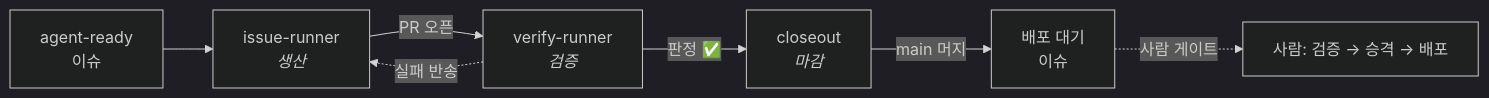
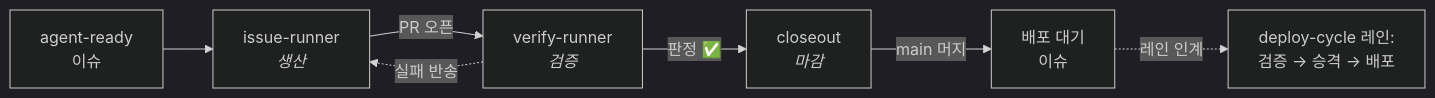
Before and after one commit to ggqgga/issue-runner: the first of 2 diagrams in README.ko.md, drawn with Mermaid (dark theme). The commit also changed other lines of this file and 4 other files, not shown here.

First line of the commit message:
'사람 게이트' 잔여 두 자리 — README 한/영 배포 절 + closeout 5단계 진입 조건을 deploy-cycle 레인 주어로 (#310) (#326)

````diff
--- a/README.ko.md
+++ b/README.ko.md
@@ -126,9 +126,9 @@
 ```mermaid
 flowchart LR
   A["agent-ready<br/>이슈"] --> R["issue-runner<br/><i>생산</i>"]
   R -->|PR 오픈| V["verify-runner<br/><i>검증</i>"]
   V -->|"판정 ✅"| C["closeout<br/><i>마감</i>"]
   C -->|main 머지| G["배포 대기<br/>이슈"]
-  G -.->|사람 게이트| D["사람: 검증 → 승격 → 배포"]
+  G -.->|레인 인계| D["deploy-cycle 레인:<br/>검증 → 승격 → 배포"]
   V -.->|실패 반송| R
 ```
````
